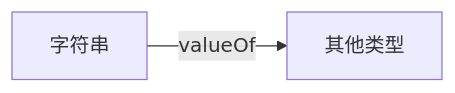
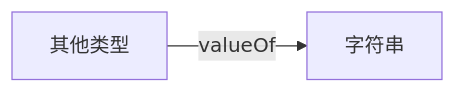
The first of 3 diagrams in Java面向对象学习/Java核心技术/25-Java核心类总结.md (wwt-13/Notes), drawn with Mermaid before and after one commit. The commit also changed other lines of this file and 4 other files, not shown here.

````diff
--- a/Java面向对象学习/Java核心技术/25-Java核心类总结.md
+++ b/Java面向对象学习/Java核心技术/25-Java核心类总结.md
@@ -79,4 +79,4 @@
 ```mermaid
 flowchart LR
-字符串-->|valueOf|其他类型
+其他类型-->|valueOf|字符串
 ```
````
